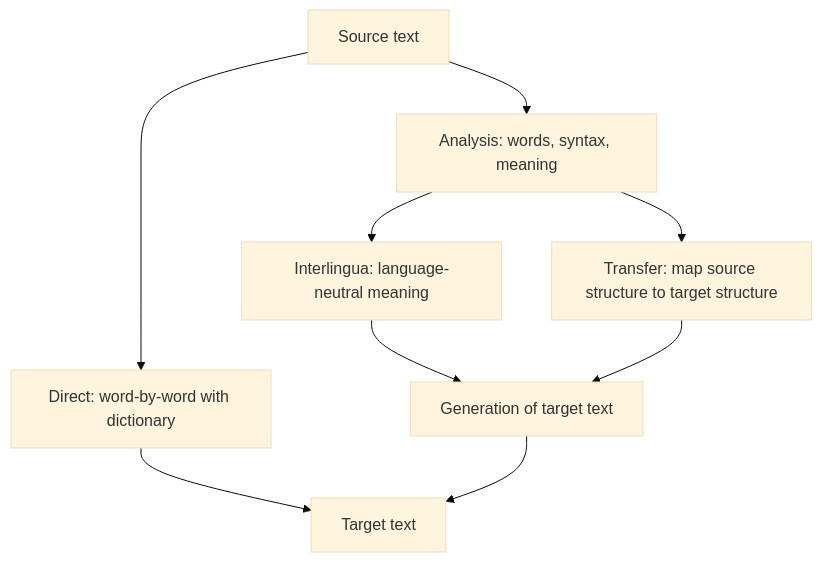
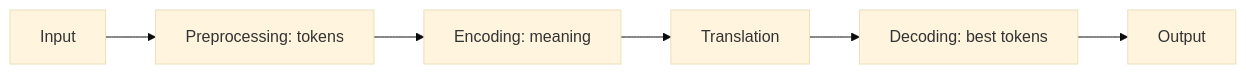
The diagram in content/natural-language-processing/pyq/2025-05/q5b.mdx (TrendySloth1001/sem-seven-notes), drawn with Mermaid (base theme) before and after one commit. The commit also changed other lines of this file and 406 other files, not shown here.

````diff
--- a/content/natural-language-processing/pyq/2025-05/q5b.mdx
+++ b/content/natural-language-processing/pyq/2025-05/q5b.mdx
@@ -22,12 +20,9 @@
 ```mermaid
-%% caption: The rule-based MT triangle. The deeper the analysis, the less work is left to the generation step. Direct is shallowest, interlingua is deepest.
-flowchart TD
-  A["Source text"] --> B["Analysis: words, syntax, meaning"]
-  B --> C["Interlingua: language-neutral meaning"]
-  B --> D["Transfer: map source structure to target structure"]
-  A --> E["Direct: word-by-word with dictionary"]
-  C --> F["Generation of target text"]
-  D --> F
-  E --> G["Target text"]
-  F --> G
+%% caption: Working of a machine translation system.
+flowchart LR
+  A["Input"] --> B["Preprocessing: tokens"]
+  B --> C["Encoding: meaning"]
+  C --> D["Translation"]
+  D --> E["Decoding: best tokens"]
+  E --> F["Output"]
 ```
````
